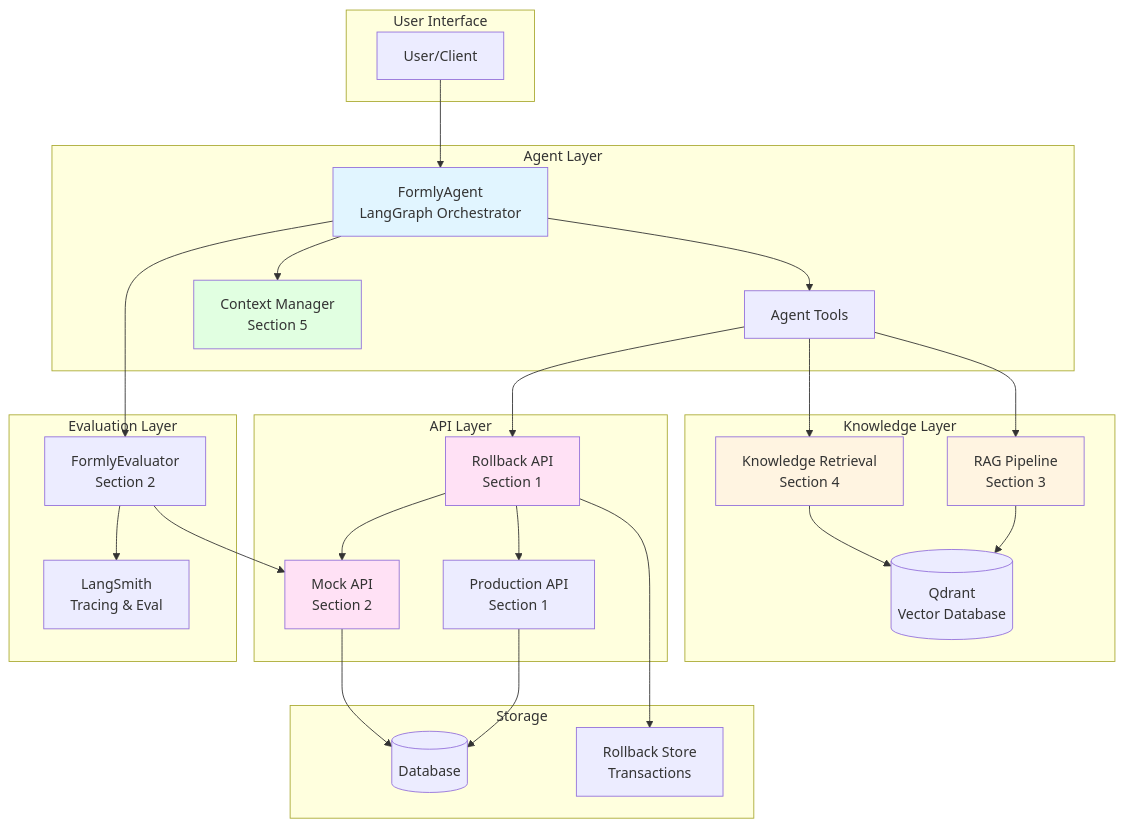
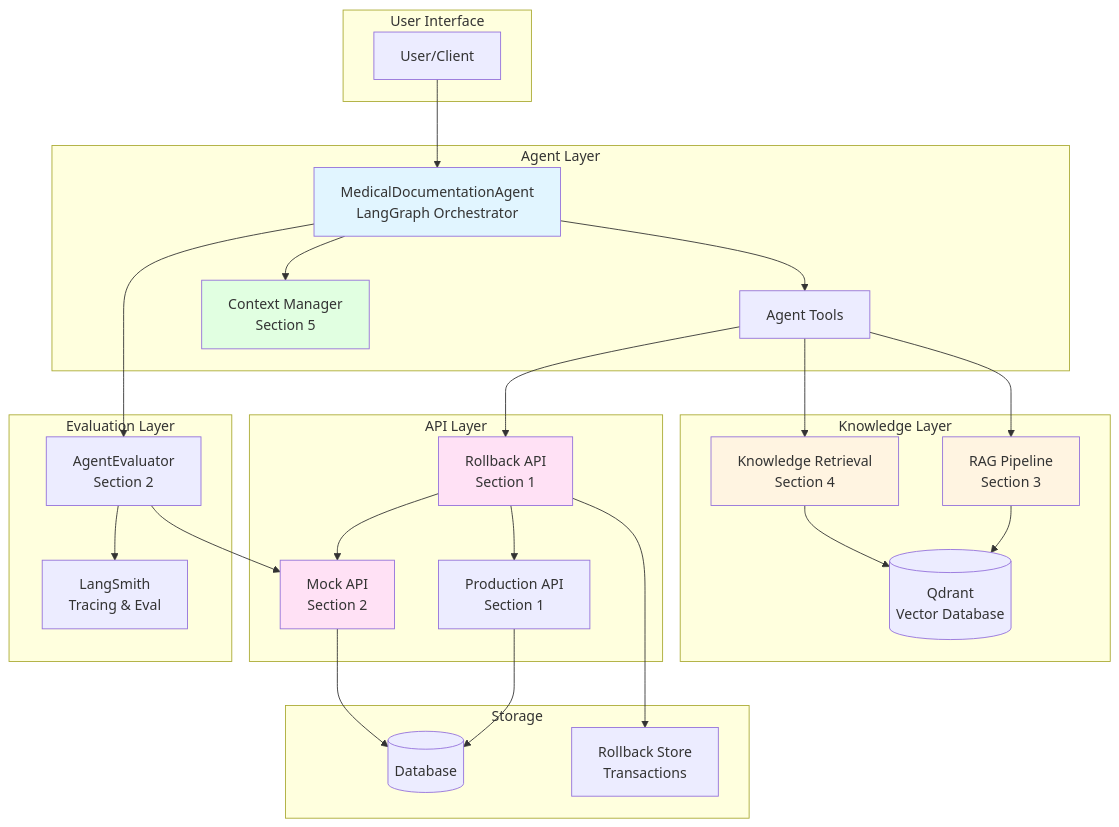
Before and after one commit to deepyad/Medical_Documentation_Agents: the first of 12 diagrams in Documentation/ARCHITECTURE_FLOW_DIAGRAMS.md, drawn with Mermaid. The commit also changed other lines of this file and 14 other files, not shown here.

````diff
--- a/Documentation/ARCHITECTURE_FLOW_DIAGRAMS.md
+++ b/Documentation/ARCHITECTURE_FLOW_DIAGRAMS.md
@@ -318,58 +318,58 @@
 ```mermaid
 graph TB
     subgraph "User Interface"
         User[User/Client]
     end
     
     subgraph "Agent Layer"
-        Agent[FormlyAgent<br/>LangGraph Orchestrator]
+        Agent[MedicalDocumentationAgent<br/>LangGraph Orchestrator]
         Tools[Agent Tools]
         ContextMgr[Context Manager<br/>Section 5]
     end
     
     subgraph "Knowledge Layer"
         RAG[RAG Pipeline<br/>Section 3]
         KnowledgeRet[Knowledge Retrieval<br/>Section 4]
         Qdrant[(Qdrant<br/>Vector Database)]
     end
     
     subgraph "API Layer"
         RollbackAPI[Rollback API<br/>Section 1]
         MockAPI[Mock API<br/>Section 2]
         ProdAPI[Production API<br/>Section 1]
     end
     
     subgraph "Evaluation Layer"
-        Evaluator[FormlyEvaluator<br/>Section 2]
+        Evaluator[AgentEvaluator<br/>Section 2]
         LangSmith[LangSmith<br/>Tracing & Eval]
     end
     
     subgraph "Storage"
         DB[(Database)]
         RollbackStore[Rollback Store<br/>Transactions]
     end
     
     User --> Agent
     Agent --> Tools
     Agent --> ContextMgr
     Tools --> RAG
     Tools --> KnowledgeRet
     Tools --> RollbackAPI
     RAG --> Qdrant
     KnowledgeRet --> Qdrant
     RollbackAPI --> ProdAPI
     RollbackAPI --> MockAPI
     RollbackAPI --> RollbackStore
     ProdAPI --> DB
     MockAPI --> DB
     Agent --> Evaluator
     Evaluator --> LangSmith
     Evaluator --> MockAPI
     
     style Agent fill:#e1f5ff
     style RAG fill:#fff4e1
     style KnowledgeRet fill:#fff4e1
     style RollbackAPI fill:#ffe1f5
     style MockAPI fill:#ffe1f5
     style ContextMgr fill:#e1ffe1
 ```
````
